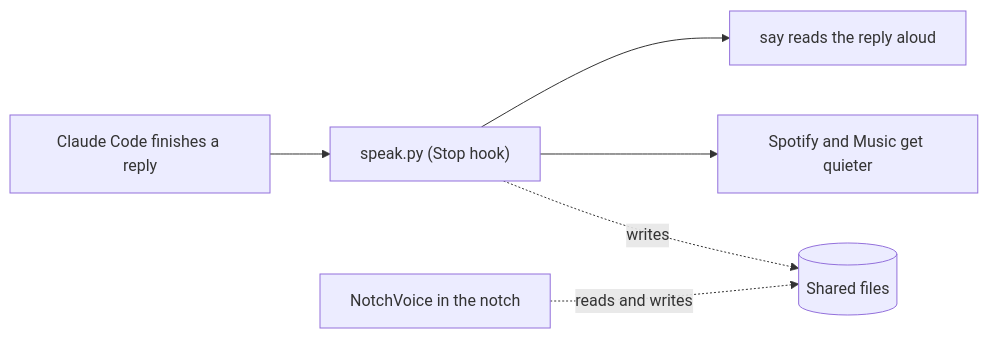
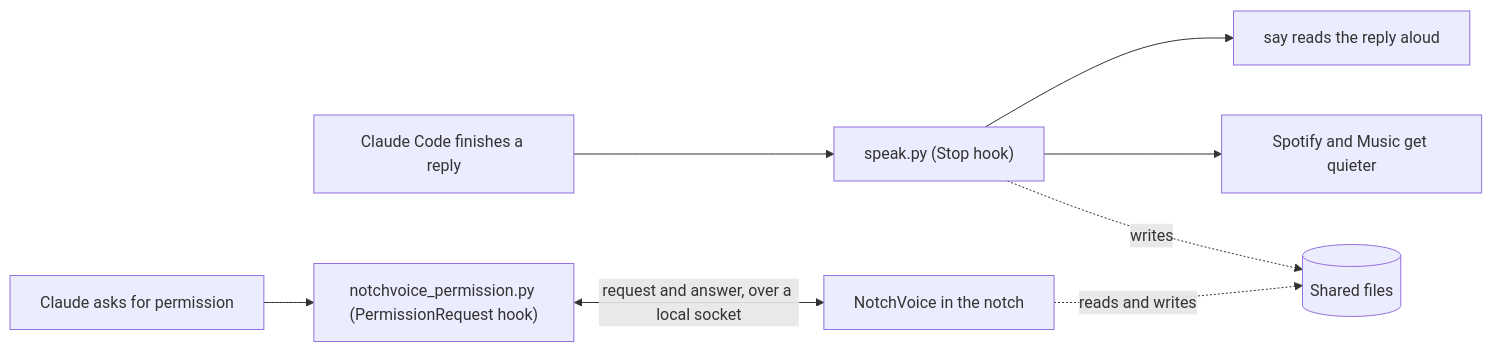
One commit to NCSmit/notch-voice changed the diagram in README.md. Above: the diagram before and after it, drawn with Mermaid. The commit also changed other lines of this file and 13 other files, not shown here.

````diff
--- a/README.md
+++ b/README.md
@@ -82,8 +99,10 @@
 ```mermaid
 flowchart LR
     A["Claude Code finishes a reply"] --> B["speak.py (Stop hook)"]
     B --> C["say reads the reply aloud"]
     B --> D["Spotify and Music get quieter"]
     B -.->|writes| E[("Shared files")]
     F["NotchVoice in the notch"] -.->|reads and writes| E
+    G["Claude asks for permission"] --> H["notchvoice_permission.py (PermissionRequest hook)"]
+    H <-->|"request and answer, over a local socket"| F
 ```
````
